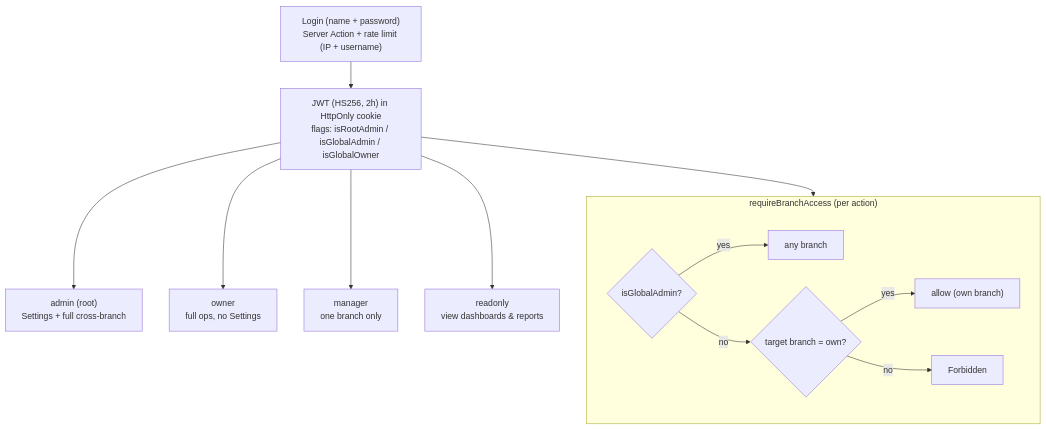
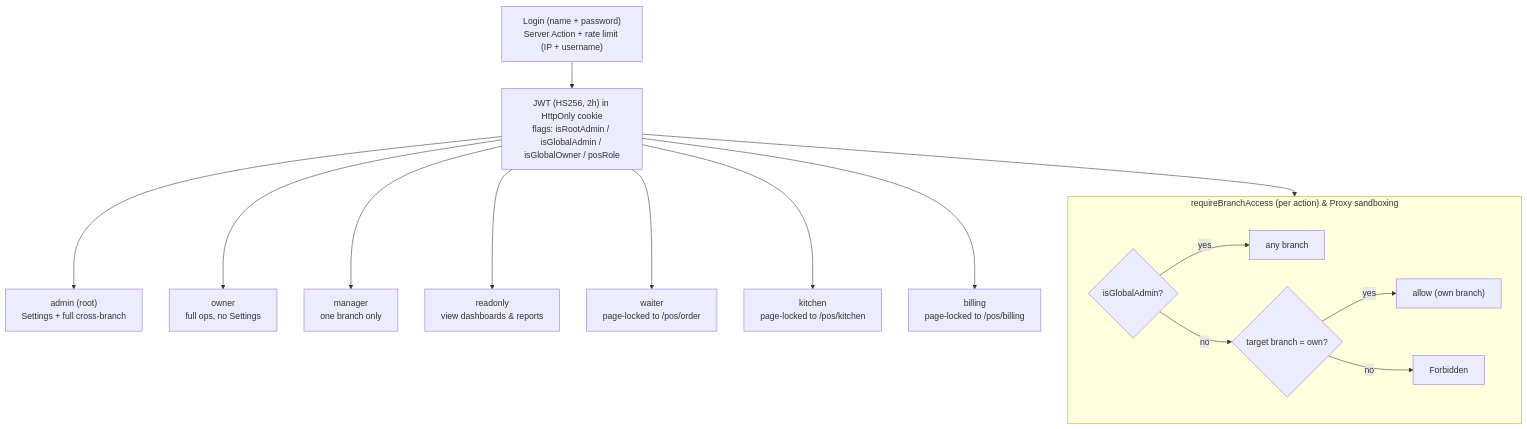
The third of 15 diagrams in Documentations/MODULE-MAPS.md (AbhishekS-381/Sree-Vaishnaves-Management), drawn with Mermaid before and after one commit. The commit also changed other lines of this file and 159 other files, not shown here.

First line of the commit message:
feat(pos): add parcel and AC charges, branch GSTIN, and fix RBAC layout persistence

````diff
--- a/Documentations/MODULE-MAPS.md
+++ b/Documentations/MODULE-MAPS.md
@@ -95,20 +97,23 @@
 ```mermaid
 flowchart TD
   LOGIN["Login (name + password)\nServer Action + rate limit (IP + username)"]
-  JWT["JWT (HS256, 2h) in HttpOnly cookie\nflags: isRootAdmin / isGlobalAdmin / isGlobalOwner"]
+  JWT["JWT (HS256, 2h) in HttpOnly cookie\nflags: isRootAdmin / isGlobalAdmin / isGlobalOwner / posRole"]
   LOGIN --> JWT
 
   JWT --> ADMIN["admin (root)\nSettings + full cross-branch"]
   JWT --> OWNER["owner\nfull ops, no Settings"]
   JWT --> MANAGER["manager\none branch only"]
   JWT --> READONLY["readonly\nview dashboards & reports"]
+  JWT --> WAITER["waiter\npage-locked to /pos/order"]
+  JWT --> KITCHEN["kitchen\npage-locked to /pos/kitchen"]
+  JWT --> BILLING["billing\npage-locked to /pos/billing"]
 
   JWT --> SCOPE
-  subgraph SCOPE["requireBranchAccess (per action)"]
+  subgraph SCOPE["requireBranchAccess (per action) & Proxy sandboxing"]
     Q{"isGlobalAdmin?"}
     Q -->|yes| ANY["any branch"]
     Q -->|no| CHK{"target branch = own?"}
     CHK -->|yes| OK["allow (own branch)"]
     CHK -->|no| DENY["Forbidden"]
   end
 ```
````
